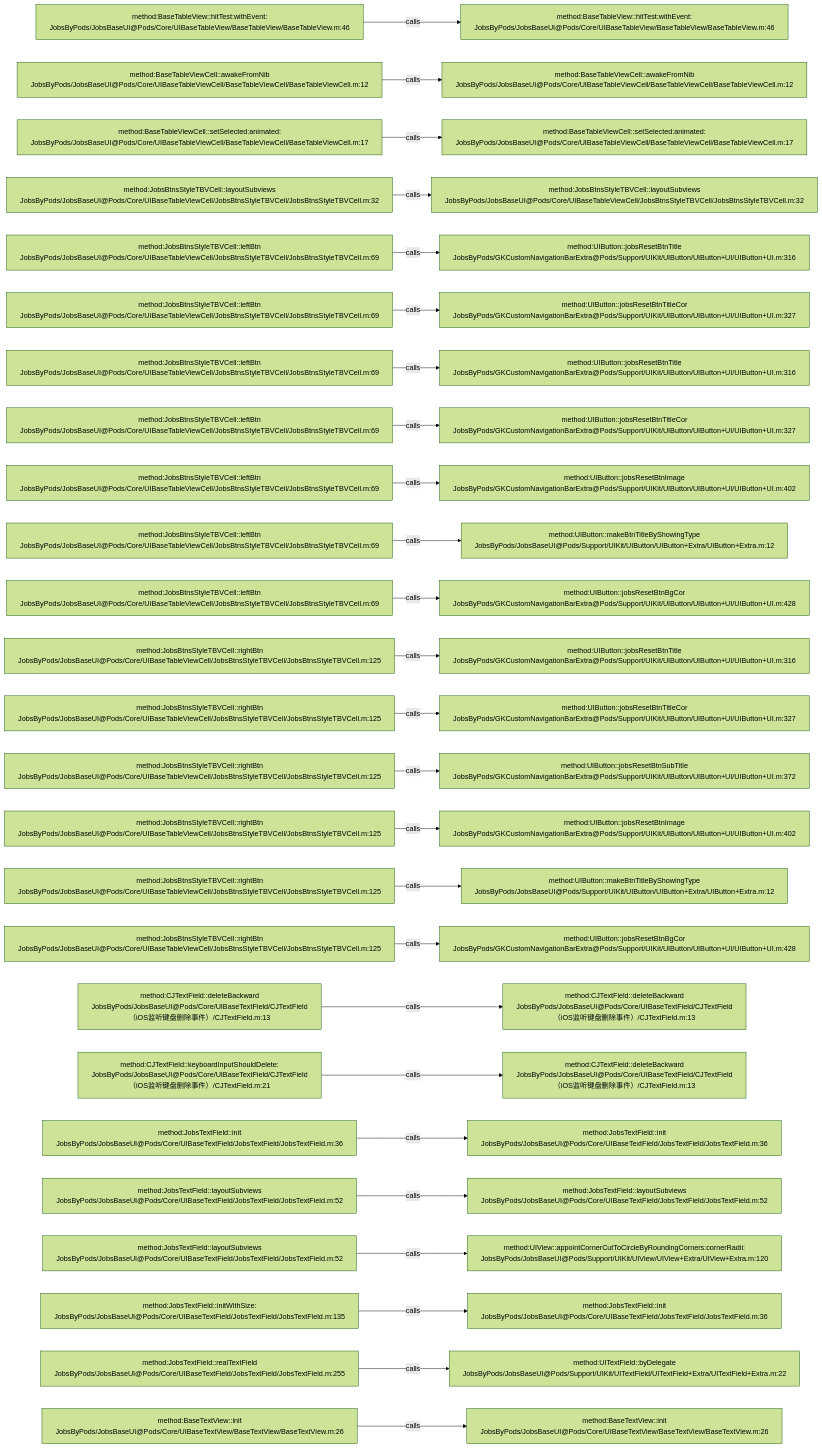
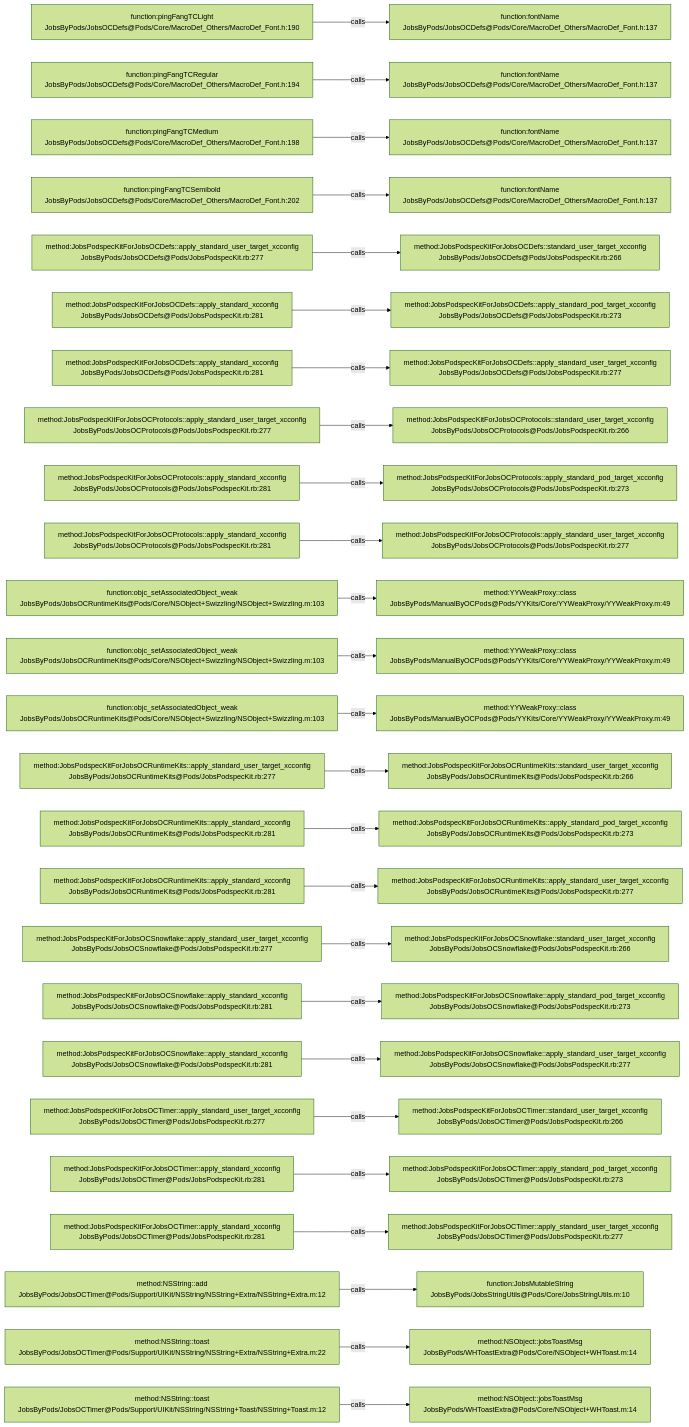
One commit to JobsKits/JobsOCBaseConfigDemo changed the diagram in .codegraph/codegraph.md/graphs/calls-018.md. Above: the diagram before and after it, drawn with Mermaid (forest theme). The commit also changed 2162 other files, not shown here.

````diff
--- a/.codegraph/codegraph.md/graphs/calls-018.md
+++ b/.codegraph/codegraph.md/graphs/calls-018.md
@@ -13,78 +13,78 @@
 ```mermaid
 flowchart LR
-  S1["method:BaseTableView::hitTest:withEvent:<br/>JobsByPods/JobsBaseUI@Pods/Core/UIBaseTableView/BaseTableView/BaseTableView.m:46"]
-  T1["method:BaseTableView::hitTest:withEvent:<br/>JobsByPods/JobsBaseUI@Pods/Core/UIBaseTableView/BaseTableView/BaseTableView.m:46"]
+  S1["function:pingFangTCLight<br/>JobsByPods/JobsOCDefs@Pods/Core/MacroDef_Others/MacroDef_Font.h:190"]
+  T1["function:fontName<br/>JobsByPods/JobsOCDefs@Pods/Core/MacroDef_Others/MacroDef_Font.h:137"]
   S1 -->|calls| T1
-  S2["method:BaseTableViewCell::awakeFromNib<br/>JobsByPods/JobsBaseUI@Pods/Core/UIBaseTableViewCell/BaseTableViewCell/BaseTableViewCell.m:12"]
-  T2["method:BaseTableViewCell::awakeFromNib<br/>JobsByPods/JobsBaseUI@Pods/Core/UIBaseTableViewCell/BaseTableViewCell/BaseTableViewCell.m:12"]
+  S2["function:pingFangTCRegular<br/>JobsByPods/JobsOCDefs@Pods/Core/MacroDef_Others/MacroDef_Font.h:194"]
+  T2["function:fontName<br/>JobsByPods/JobsOCDefs@Pods/Core/MacroDef_Others/MacroDef_Font.h:137"]
   S2 -->|calls| T2
-  S3["method:BaseTableViewCell::setSelected:animated:<br/>JobsByPods/JobsBaseUI@Pods/Core/UIBaseTableViewCell/BaseTableViewCell/BaseTableViewCell.m:17"]
-  T3["method:BaseTableViewCell::setSelected:animated:<br/>JobsByPods/JobsBaseUI@Pods/Core/UIBaseTableViewCell/BaseTableViewCell/BaseTableViewCell.m:17"]
+  S3["function:pingFangTCMedium<br/>JobsByPods/JobsOCDefs@Pods/Core/MacroDef_Others/MacroDef_Font.h:198"]
+  T3["function:fontName<br/>JobsByPods/JobsOCDefs@Pods/Core/MacroDef_Others/MacroDef_Font.h:137"]
   S3 -->|calls| T3
-  S4["method:JobsBtnsStyleTBVCell::layoutSubviews<br/>JobsByPods/JobsBaseUI@Pods/Core/UIBaseTableViewCell/JobsBtnsStyleTBVCell/JobsBtnsStyleTBVCell.m:32"]
-  T4["method:JobsBtnsStyleTBVCell::layoutSubviews<br/>JobsByPods/JobsBaseUI@Pods/Core/UIBaseTableViewCell/JobsBtnsStyleTBVCell/JobsBtnsStyleTBVCell.m:32"]
+  S4["function:pingFangTCSemibold<br/>JobsByPods/JobsOCDefs@Pods/Core/MacroDef_Others/MacroDef_Font.h:202"]
+  T4["function:fontName<br/>JobsByPods/JobsOCDefs@Pods/Core/MacroDef_Others/MacroDef_Font.h:137"]
   S4 -->|calls| T4
-  S5["method:JobsBtnsStyleTBVCell::leftBtn<br/>JobsByPods/JobsBaseUI@Pods/Core/UIBaseTableViewCell/JobsBtnsStyleTBVCell/JobsBtnsStyleTBVCell.m:69"]
-  T5["method:UIButton::jobsResetBtnTitle<br/>JobsByPods/GKCustomNavigationBarExtra@Pods/Support/UIKit/UIButton/UIButton+UI/UIButton+UI.m:316"]
+  S5["method:JobsPodspecKitForJobsOCDefs::apply_standard_user_target_xcconfig<br/>JobsByPods/JobsOCDefs@Pods/JobsPodspecKit.rb:277"]
+  T5["method:JobsPodspecKitForJobsOCDefs::standard_user_target_xcconfig<br/>JobsByPods/JobsOCDefs@Pods/JobsPodspecKit.rb:266"]
   S5 -->|calls| T5
-  S6["method:JobsBtnsStyleTBVCell::leftBtn<br/>JobsByPods/JobsBaseUI@Pods/Core/UIBaseTableViewCell/JobsBtnsStyleTBVCell/JobsBtnsStyleTBVCell.m:69"]
-  T6["method:UIButton::jobsResetBtnTitleCor<br/>JobsByPods/GKCustomNavigationBarExtra@Pods/Support/UIKit/UIButton/UIButton+UI/UIButton+UI.m:327"]
+  S6["method:JobsPodspecKitForJobsOCDefs::apply_standard_xcconfig<br/>JobsByPods/JobsOCDefs@Pods/JobsPodspecKit.rb:281"]
+  T6["method:JobsPodspecKitForJobsOCDefs::apply_standard_pod_target_xcconfig<br/>JobsByPods/JobsOCDefs@Pods/JobsPodspecKit.rb:273"]
   S6 -->|calls| T6
-  S7["method:JobsBtnsStyleTBVCell::leftBtn<br/>JobsByPods/JobsBaseUI@Pods/Core/UIBaseTableViewCell/JobsBtnsStyleTBVCell/JobsBtnsStyleTBVCell.m:69"]
-  T7["method:UIButton::jobsResetBtnTitle<br/>JobsByPods/GKCustomNavigationBarExtra@Pods/Support/UIKit/UIButton/UIButton+UI/UIButton+UI.m:316"]
+  S7["method:JobsPodspecKitForJobsOCDefs::apply_standard_xcconfig<br/>JobsByPods/JobsOCDefs@Pods/JobsPodspecKit.rb:281"]
+  T7["method:JobsPodspecKitForJobsOCDefs::apply_standard_user_target_xcconfig<br/>JobsByPods/JobsOCDefs@Pods/JobsPodspecKit.rb:277"]
   S7 -->|calls| T7
-  S8["method:JobsBtnsStyleTBVCell::leftBtn<br/>JobsByPods/JobsBaseUI@Pods/Core/UIBaseTableViewCell/JobsBtnsStyleTBVCell/JobsBtnsStyleTBVCell.m:69"]
-  T8["method:UIButton::jobsResetBtnTitleCor<br/>JobsByPods/GKCustomNavigationBarExtra@Pods/Support/UIKit/UIButton/UIButton+UI/UIButton+UI.m:327"]
+  S8["method:JobsPodspecKitForJobsOCProtocols::apply_standard_user_target_xcconfig<br/>JobsByPods/JobsOCProtocols@Pods/JobsPodspecKit.rb:277"]
+  T8["method:JobsPodspecKitForJobsOCProtocols::standard_user_target_xcconfig<br/>JobsByPods/JobsOCProtocols@Pods/JobsPodspecKit.rb:266"]
   S8 -->|calls| T8
-  S9["method:JobsBtnsStyleTBVCell::leftBtn<br/>JobsByPods/JobsBaseUI@Pods/Core/UIBaseTableViewCell/JobsBtnsStyleTBVCell/JobsBtnsStyleTBVCell.m:69"]
-  T9["method:UIButton::jobsResetBtnImage<br/>JobsByPods/GKCustomNavigationBarExtra@Pods/Support/UIKit/UIButton/UIButton+UI/UIButton+UI.m:402"]
+  S9["method:JobsPodspecKitForJobsOCProtocols::apply_standard_xcconfig<br/>JobsByPods/JobsOCProtocols@Pods/JobsPodspecKit.rb:281"]
+  T9["method:JobsPodspecKitForJobsOCProtocols::apply_standard_pod_target_xcconfig<br/>JobsByPods/JobsOCProtocols@Pods/JobsPodspecKit.rb:273"]
   S9 -->|calls| T9
-  S10["method:JobsBtnsStyleTBVCell::leftBtn<br/>JobsByPods/JobsBaseUI@Pods/Core/UIBaseTableViewCell/JobsBtnsStyleTBVCell/JobsBtnsStyleTBVCell.m:69"]
-  T10["method:UIButton::makeBtnTitleByShowingType<br/>JobsByPods/JobsBaseUI@Pods/Support/UIKit/UIButton/UIButton+Extra/UIButton+Extra.m:12"]
+  S10["method:JobsPodspecKitForJobsOCProtocols::apply_standard_xcconfig<br/>JobsByPods/JobsOCProtocols@Pods/JobsPodspecKit.rb:281"]
+  T10["method:JobsPodspecKitForJobsOCProtocols::apply_standard_user_target_xcconfig<br/>JobsByPods/JobsOCProtocols@Pods/JobsPodspecKit.rb:277"]
   S10 -->|calls| T10
-  S11["method:JobsBtnsStyleTBVCell::leftBtn<br/>JobsByPods/JobsBaseUI@Pods/Core/UIBaseTableViewCell/JobsBtnsStyleTBVCell/JobsBtnsStyleTBVCell.m:69"]
-  T11["method:UIButton::jobsResetBtnBgCor<br/>JobsByPods/GKCustomNavigationBarExtra@Pods/Support/UIKit/UIButton/UIButton+UI/UIButton+UI.m:428"]
+  S11["function:objc_setAssociatedObject_weak<br/>JobsByPods/JobsOCRuntimeKits@Pods/Core/NSObject+Swizzling/NSObject+Swizzling.m:103"]
+  T11["method:YYWeakProxy::class<br/>JobsByPods/ManualByOCPods@Pods/YYKits/Core/YYWeakProxy/YYWeakProxy.m:49"]
   S11 -->|calls| T11
-  S12["method:JobsBtnsStyleTBVCell::rightBtn<br/>JobsByPods/JobsBaseUI@Pods/Core/UIBaseTableViewCell/JobsBtnsStyleTBVCell/JobsBtnsStyleTBVCell.m:125"]
-  T12["method:UIButton::jobsResetBtnTitle<br/>JobsByPods/GKCustomNavigationBarExtra@Pods/Support/UIKit/UIButton/UIButton+UI/UIButton+UI.m:316"]
+  S12["function:objc_setAssociatedObject_weak<br/>JobsByPods/JobsOCRuntimeKits@Pods/Core/NSObject+Swizzling/NSObject+Swizzling.m:103"]
+  T12["method:YYWeakProxy::class<br/>JobsByPods/ManualByOCPods@Pods/YYKits/Core/YYWeakProxy/YYWeakProxy.m:49"]
   S12 -->|calls| T12
-  S13["method:JobsBtnsStyleTBVCell::rightBtn<br/>JobsByPods/JobsBaseUI@Pods/Core/UIBaseTableViewCell/JobsBtnsStyleTBVCell/JobsBtnsStyleTBVCell.m:125"]
-  T13["method:UIButton::jobsResetBtnTitleCor<br/>JobsByPods/GKCustomNavigationBarExtra@Pods/Support/UIKit/UIButton/UIButton+UI/UIButton+UI.m:327"]
+  S13["function:objc_setAssociatedObject_weak<br/>JobsByPods/JobsOCRuntimeKits@Pods/Core/NSObject+Swizzling/NSObject+Swizzling.m:103"]
+  T13["method:YYWeakProxy::class<br/>JobsByPods/ManualByOCPods@Pods/YYKits/Core/YYWeakProxy/YYWeakProxy.m:49"]
   S13 -->|calls| T13
-  S14["method:JobsBtnsStyleTBVCell::rightBtn<br/>JobsByPods/JobsBaseUI@Pods/Core/UIBaseTableViewCell/JobsBtnsStyleTBVCell/JobsBtnsStyleTBVCell.m:125"]
-  T14["method:UIButton::jobsResetBtnSubTitle<br/>JobsByPods/GKCustomNavigationBarExtra@Pods/Support/UIKit/UIButton/UIButton+UI/UIButton+UI.m:372"]
+  S14["method:JobsPodspecKitForJobsOCRuntimeKits::apply_standard_user_target_xcconfig<br/>JobsByPods/JobsOCRuntimeKits@Pods/JobsPodspecKit.rb:277"]
+  T14["method:JobsPodspecKitForJobsOCRuntimeKits::standard_user_target_xcconfig<br/>JobsByPods/JobsOCRuntimeKits@Pods/JobsPodspecKit.rb:266"]
   S14 -->|calls| T14
-  S15["method:JobsBtnsStyleTBVCell::rightBtn<br/>JobsByPods/JobsBaseUI@Pods/Core/UIBaseTableViewCell/JobsBtnsStyleTBVCell/JobsBtnsStyleTBVCell.m:125"]
-  T15["method:UIButton::jobsResetBtnImage<br/>JobsByPods/GKCustomNavigationBarExtra@Pods/Support/UIKit/UIButton/UIButton+UI/UIButton+UI.m:402"]
+  S15["method:JobsPodspecKitForJobsOCRuntimeKits::apply_standard_xcconfig<br/>JobsByPods/JobsOCRuntimeKits@Pods/JobsPodspecKit.rb:281"]
+  T15["method:JobsPodspecKitForJobsOCRuntimeKits::apply_standard_pod_target_xcconfig<br/>JobsByPods/JobsOCRuntimeKits@Pods/JobsPodspecKit.rb:273"]
   S15 -->|calls| T15
-  S16["method:JobsBtnsStyleTBVCell::rightBtn<br/>JobsByPods/JobsBaseUI@Pods/Core/UIBaseTableViewCell/JobsBtnsStyleTBVCell/JobsBtnsStyleTBVCell.m:125"]
-  T16["method:UIButton::makeBtnTitleByShowingType<br/>JobsByPods/JobsBaseUI@Pods/Support/UIKit/UIButton/UIButton+Extra/UIButton+Extra.m:12"]
+  S16["method:JobsPodspecKitForJobsOCRuntimeKits::apply_standard_xcconfig<br/>JobsByPods/JobsOCRuntimeKits@Pods/JobsPodspecKit.rb:281"]
+  T16["method:JobsPodspecKitForJobsOCRuntimeKits::apply_standard_user_target_xcconfig<br/>JobsByPods/JobsOCRuntimeKits@Pods/JobsPodspecKit.rb:277"]
   S16 -->|calls| T16
-  S17["method:JobsBtnsStyleTBVCell::rightBtn<br/>JobsByPods/JobsBaseUI@Pods/Core/UIBaseTableViewCell/JobsBtnsStyleTBVCell/JobsBtnsStyleTBVCell.m:125"]
-  T17["method:UIButton::jobsResetBtnBgCor<br/>JobsByPods/GKCustomNavigationBarExtra@Pods/Support/UIKit/UIButton/UIButton+UI/UIButton+UI.m:428"]
+  S17["method:JobsPodspecKitForJobsOCSnowflake::apply_standard_user_target_xcconfig<br/>JobsByPods/JobsOCSnowflake@Pods/JobsPodspecKit.rb:277"]
+  T17["method:JobsPodspecKitForJobsOCSnowflake::standard_user_target_xcconfig<br/>JobsByPods/JobsOCSnowflake@Pods/JobsPodspecKit.rb:266"]
   S17 -->|calls| T17
-  S18["method:CJTextField::deleteBackward<br/>JobsByPods/JobsBaseUI@Pods/Core/UIBaseTextField/CJTextField（iOS监听键盘删除事件）/CJTextField.m:13"]
-  T18["method:CJTextField::deleteBackward<br/>JobsByPods/JobsBaseUI@Pods/Core/UIBaseTextField/CJTextField（iOS监听键盘删除事件）/CJTextField.m:13"]
+  S18["method:JobsPodspecKitForJobsOCSnowflake::apply_standard_xcconfig<br/>JobsByPods/JobsOCSnowflake@Pods/JobsPodspecKit.rb:281"]
+  T18["method:JobsPodspecKitForJobsOCSnowflake::apply_standard_pod_target_xcconfig<br/>JobsByPods/JobsOCSnowflake@Pods/JobsPodspecKit.rb:273"]
   S18 -->|calls| T18
-  S19["method:CJTextField::keyboardInputShouldDelete:<br/>JobsByPods/JobsBaseUI@Pods/Core/UIBaseTextField/CJTextField（iOS监听键盘删除事件）/CJTextField.m:21"]
-  T19["method:CJTextField::deleteBackward<br/>JobsByPods/JobsBaseUI@Pods/Core/UIBaseTextField/CJTextField（iOS监听键盘删除事件）/CJTextField.m:13"]
+  S19["method:JobsPodspecKitForJobsOCSnowflake::apply_standard_xcconfig<br/>JobsByPods/JobsOCSnowflake@Pods/JobsPodspecKit.rb:281"]
+  T19["method:JobsPodspecKitForJobsOCSnowflake::apply_standard_user_target_xcconfig<br/>JobsByPods/JobsOCSnowflake@Pods/JobsPodspecKit.rb:277"]
   S19 -->|calls| T19
-  S20["method:JobsTextField::init<br/>JobsByPods/JobsBaseUI@Pods/Core/UIBaseTextField/JobsTextField/JobsTextField.m:36"]
-  T20["method:JobsTextField::init<br/>JobsByPods/JobsBaseUI@Pods/Core/UIBaseTextField/JobsTextField/JobsTextField.m:36"]
+  S20["method:JobsPodspecKitForJobsOCTimer::apply_standard_user_target_xcconfig<br/>JobsByPods/JobsOCTimer@Pods/JobsPodspecKit.rb:277"]
+  T20["method:JobsPodspecKitForJobsOCTimer::standard_user_target_xcconfig<br/>JobsByPods/JobsOCTimer@Pods/JobsPodspecKit.rb:266"]
   S20 -->|calls| T20
-  S21["method:JobsTextField::layoutSubviews<br/>JobsByPods/JobsBaseUI@Pods/Core/UIBaseTextField/JobsTextField/JobsTextField.m:52"]
-  T21["method:JobsTextField::layoutSubviews<br/>JobsByPods/JobsBaseUI@Pods/Core/UIBaseTextField/JobsTextField/JobsTextField.m:52"]
+  S21["method:JobsPodspecKitForJobsOCTimer::apply_standard_xcconfig<br/>JobsByPods/JobsOCTimer@Pods/JobsPodspecKit.rb:281"]
+  T21["method:JobsPodspecKitForJobsOCTimer::apply_standard_pod_target_xcconfig<br/>JobsByPods/JobsOCTimer@Pods/JobsPodspecKit.rb:273"]
   S21 -->|calls| T21
-  S22["method:JobsTextField::layoutSubviews<br/>JobsByPods/JobsBaseUI@Pods/Core/UIBaseTextField/JobsTextField/JobsTextField.m:52"]
-  T22["method:UIView::appointCornerCutToCircleByRoundingCorners:cornerRadii:<br/>JobsByPods/JobsBaseUI@Pods/Support/UIKit/UIView/UIView+Extra/UIView+Extra.m:120"]
+  S22["method:JobsPodspecKitForJobsOCTimer::apply_standard_xcconfig<br/>JobsByPods/JobsOCTimer@Pods/JobsPodspecKit.rb:281"]
+  T22["method:JobsPodspecKitForJobsOCTimer::apply_standard_user_target_xcconfig<br/>JobsByPods/JobsOCTimer@Pods/JobsPodspecKit.rb:277"]
   S22 -->|calls| T22
-  S23["method:JobsTextField::initWithSize:<br/>JobsByPods/JobsBaseUI@Pods/Core/UIBaseTextField/JobsTextField/JobsTextField.m:135"]
-  T23["method:JobsTextField::init<br/>JobsByPods/JobsBaseUI@Pods/Core/UIBaseTextField/JobsTextField/JobsTextField.m:36"]
+  S23["method:NSString::add<br/>JobsByPods/JobsOCTimer@Pods/Support/UIKit/NSString/NSString+Extra/NSString+Extra.m:12"]
+  T23["function:JobsMutableString<br/>JobsByPods/JobsStringUtils@Pods/Core/JobsStringUtils.m:10"]
   S23 -->|calls| T23
-  S24["method:JobsTextField::realTextField<br/>JobsByPods/JobsBaseUI@Pods/Core/UIBaseTextField/JobsTextField/JobsTextField.m:255"]
-  T24["method:UITextField::byDelegate<br/>JobsByPods/JobsBaseUI@Pods/Support/UIKit/UITextField/UITextField+Extra/UITextField+Extra.m:22"]
+  S24["method:NSString::toast<br/>JobsByPods/JobsOCTimer@Pods/Support/UIKit/NSString/NSString+Extra/NSString+Extra.m:22"]
+  T24["method:NSObject::jobsToastMsg<br/>JobsByPods/WHToastExtra@Pods/Core/NSObject+WHToast.m:14"]
   S24 -->|calls| T24
-  S25["method:BaseTextView::init<br/>JobsByPods/JobsBaseUI@Pods/Core/UIBaseTextView/BaseTextView/BaseTextView.m:26"]
-  T25["method:BaseTextView::init<br/>JobsByPods/JobsBaseUI@Pods/Core/UIBaseTextView/BaseTextView/BaseTextView.m:26"]
+  S25["method:NSString::toast<br/>JobsByPods/JobsOCTimer@Pods/Support/UIKit/NSString/NSString+Toast/NSString+Toast.m:12"]
+  T25["method:NSObject::jobsToastMsg<br/>JobsByPods/WHToastExtra@Pods/Core/NSObject+WHToast.m:14"]
   S25 -->|calls| T25
 ```
````
